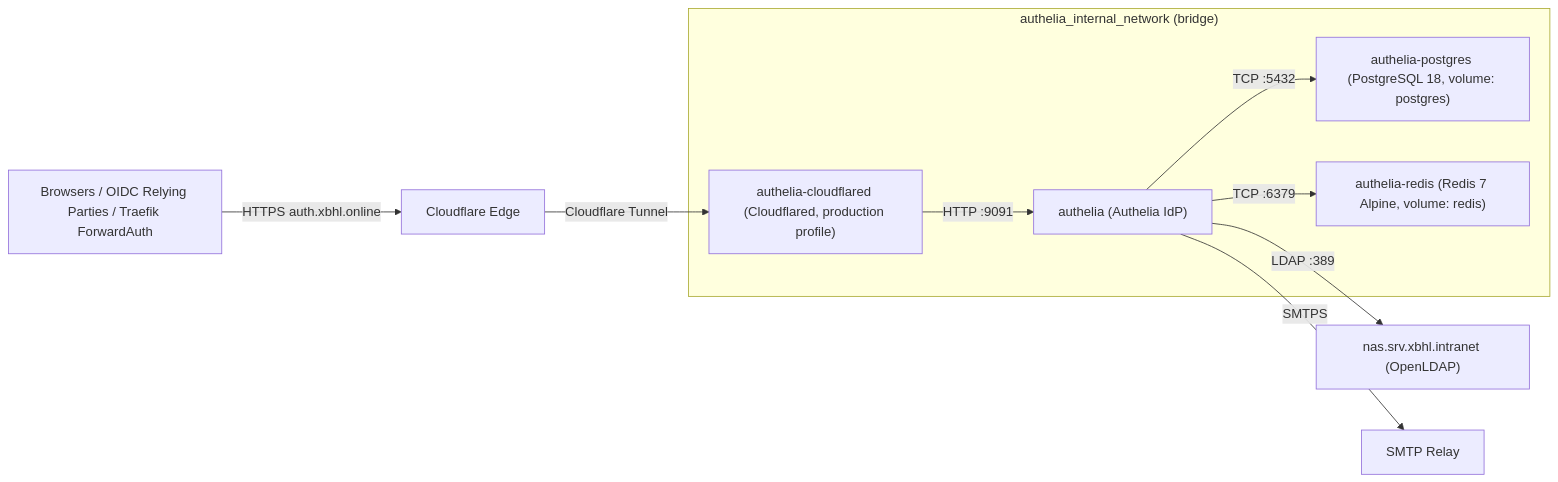
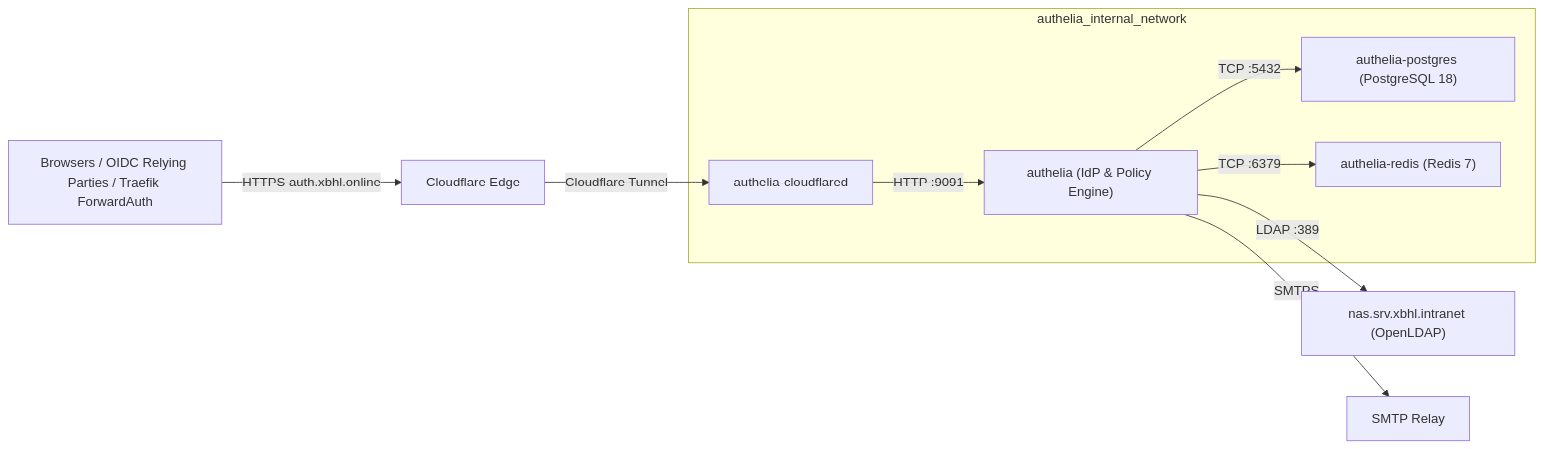
Before and after one commit to lbarczynski-home-lab/authelia: the diagram in README.md, drawn with Mermaid. The commit also changed other lines of this file and 2 other files, not shown here.

Commit message:
docs(authelia): slim README and rename skill to add-oidc-client

````diff
--- a/README.md
+++ b/README.md
@@ -21,14 +19,12 @@
 ```mermaid
 flowchart LR
-    Users["Browsers / OIDC Relying Parties / Traefik ForwardAuth"] -->|HTTPS auth.xbhl.online| CF["Cloudflare Edge"]
-    CF -->|Cloudflare Tunnel| CFD["authelia-cloudflared (Cloudflared, production profile)"]
-
-    subgraph InternalNet["authelia_internal_network (bridge)"]
-        CFD -->|HTTP :9091| Auth["authelia (Authelia IdP)"]
-        Auth -->|TCP :5432| PG["authelia-postgres (PostgreSQL 18, volume: postgres)"]
-        Auth -->|TCP :6379| Redis["authelia-redis (Redis 7 Alpine, volume: redis)"]
+    Clients["Browsers / OIDC Relying Parties / Traefik ForwardAuth"] -->|"HTTPS auth.xbhl.online"| CF["Cloudflare Edge"]
+    CF -->|Cloudflare Tunnel| CFD["authelia-cloudflared"]
+    subgraph InternalNet["authelia_internal_network"]
+        CFD -->|"HTTP :9091"| Auth["authelia (IdP & Policy Engine)"]
+        Auth -->|"TCP :5432"| PG["authelia-postgres (PostgreSQL 18)"]
+        Auth -->|"TCP :6379"| Redis["authelia-redis (Redis 7)"]
     end
-
-    Auth -->|LDAP :389| LDAP["nas.srv.xbhl.intranet (OpenLDAP)"]
+    Auth -->|"LDAP :389"| LDAP["nas.srv.xbhl.intranet (OpenLDAP)"]
     Auth -->|SMTPS| SMTP["SMTP Relay"]
 ```
````
